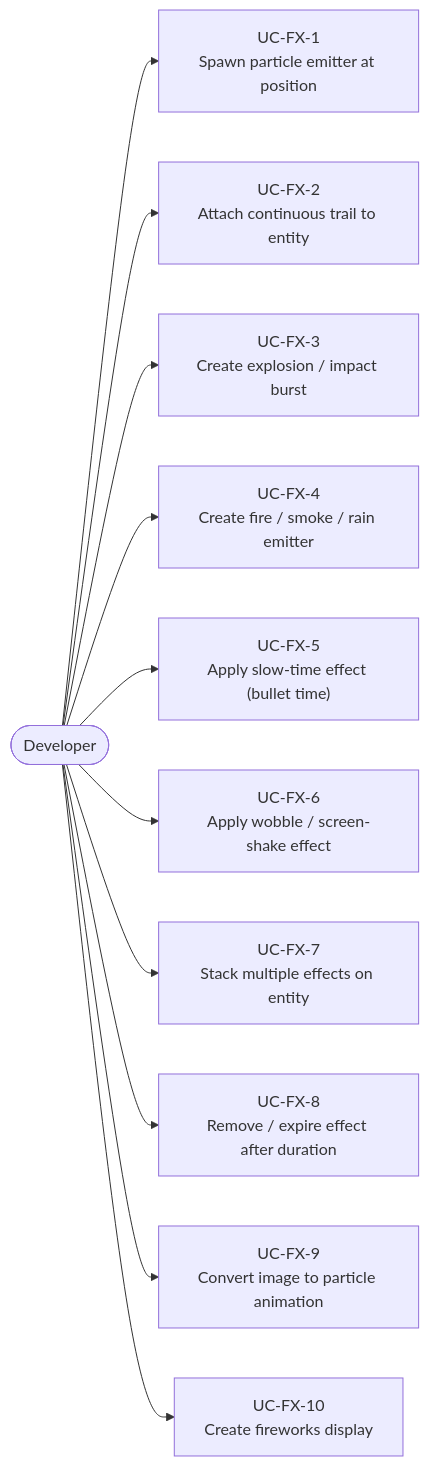
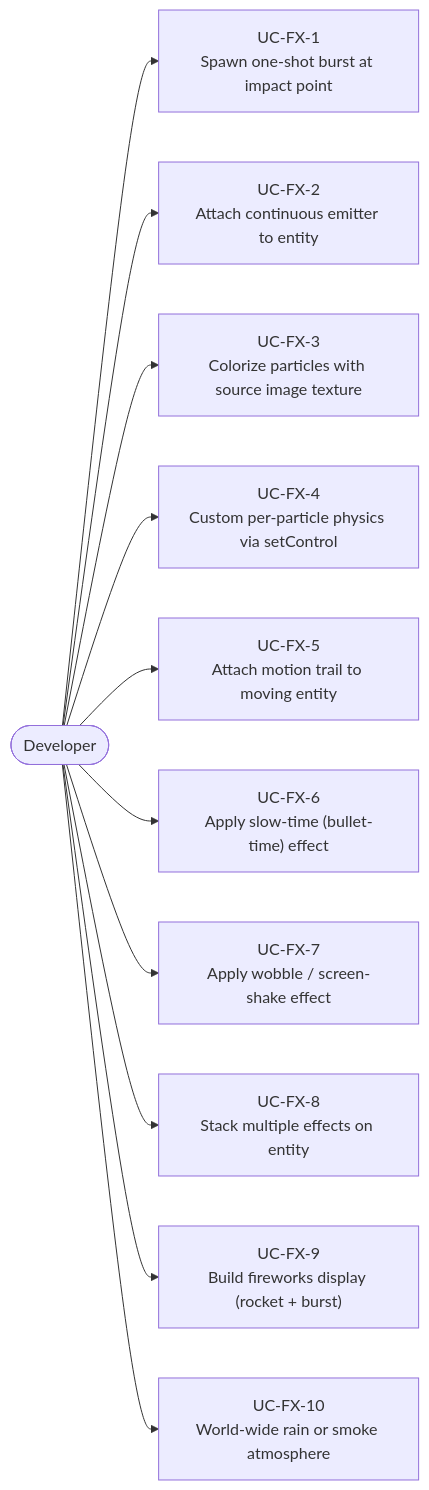
Before and after one commit to JohannesRabauer/fxgl-skills: the first of 11 diagrams in docs/uc-particles-effects.md, drawn with Mermaid. The commit also changed other lines of this file and 2 other files, not shown here.

Commit message:
Expanded Particle skill

````diff
--- a/docs/uc-particles-effects.md
+++ b/docs/uc-particles-effects.md
@@ -8,15 +9,15 @@
 ```mermaid
 graph LR
     Dev([Developer])
 
-    Dev --> UC1["UC-FX-1\nSpawn particle emitter at position"]
-    Dev --> UC2["UC-FX-2\nAttach continuous trail to entity"]
-    Dev --> UC3["UC-FX-3\nCreate explosion / impact burst"]
-    Dev --> UC4["UC-FX-4\nCreate fire / smoke / rain emitter"]
-    Dev --> UC5["UC-FX-5\nApply slow-time effect (bullet time)"]
-    Dev --> UC6["UC-FX-6\nApply wobble / screen-shake effect"]
-    Dev --> UC7["UC-FX-7\nStack multiple effects on entity"]
-    Dev --> UC8["UC-FX-8\nRemove / expire effect after duration"]
-    Dev --> UC9["UC-FX-9\nConvert image to particle animation"]
-    Dev --> UC10["UC-FX-10\nCreate fireworks display"]
+    Dev --> UC1["UC-FX-1\nSpawn one-shot burst at impact point"]
+    Dev --> UC2["UC-FX-2\nAttach continuous emitter to entity"]
+    Dev --> UC3["UC-FX-3\nColorize particles with source image texture"]
+    Dev --> UC4["UC-FX-4\nCustom per-particle physics via setControl"]
+    Dev --> UC5["UC-FX-5\nAttach motion trail to moving entity"]
+    Dev --> UC6["UC-FX-6\nApply slow-time (bullet-time) effect"]
+    Dev --> UC7["UC-FX-7\nApply wobble / screen-shake effect"]
+    Dev --> UC8["UC-FX-8\nStack multiple effects on entity"]
+    Dev --> UC9["UC-FX-9\nBuild fireworks display (rocket + burst)"]
+    Dev --> UC10["UC-FX-10\nWorld-wide rain or smoke atmosphere"]
 ```
````
